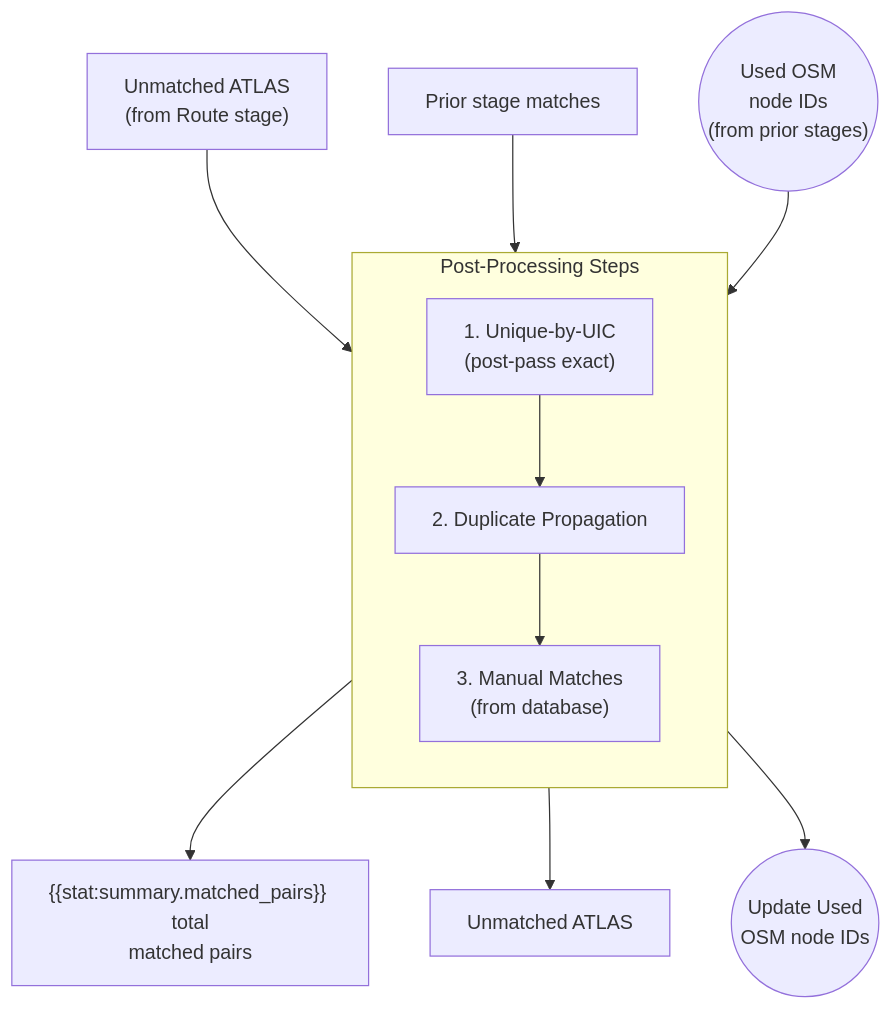
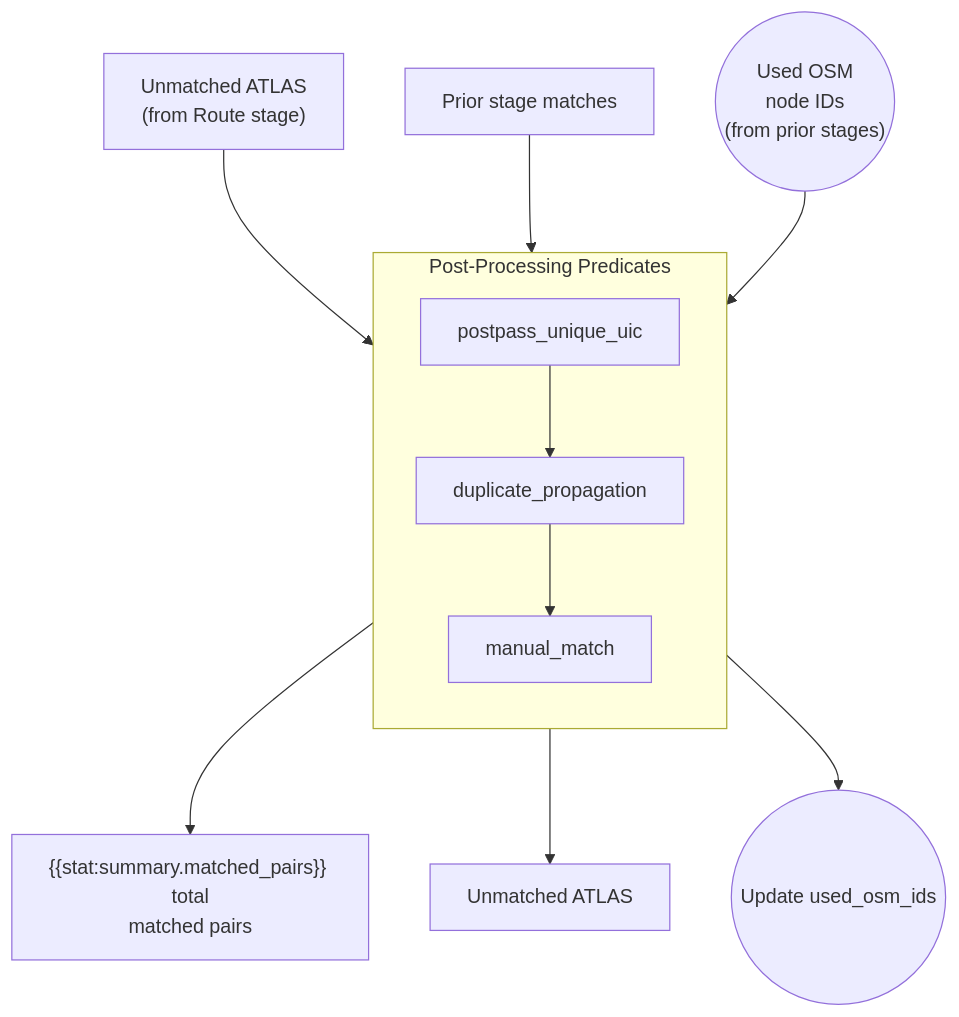
One commit to openTdataCH/stop_sync_osm_atlas changed the diagram in documentation/2.5 Post-processing.md. Above: the diagram before and after it, drawn with Mermaid. The commit also changed other lines of this file and 75 other files, not shown here.

````diff
--- a/documentation/2.5 Post-processing.md
+++ b/documentation/2.5 Post-processing.md
@@ -5,23 +5,23 @@
 ```mermaid
 flowchart TB
     %% ===== INPUTS =====
     IN["Unmatched ATLAS<br/>(from Route stage)"]
     PRIOR["Prior stage matches"]
     U(("Used OSM<br/>node IDs<br/>(from prior stages)"))
 
     IN --> P1
     PRIOR --> P1
     U --> P1
 
-    subgraph Post["Post-Processing Steps"]
+    subgraph Post["Post-Processing Predicates"]
         direction TB
-        P1["1. Unique-by-UIC<br/>(post-pass exact)"]
-        P2["2. Duplicate Propagation"]
-        P3["3. Manual Matches<br/>(from database)"]
+        P1["postpass_unique_uic"]
+        P2["duplicate_propagation"]
+        P3["manual_match"]
         P1 --> P2 --> P3
     end
 
     P3 --> OUT["{{stat:summary.matched_pairs}} total<br/>matched pairs"]
     P3 --> UA["Unmatched ATLAS"]
-    P3 --> U2(("Update Used<br/>OSM node IDs"))
+    P3 --> U2(("Update used_osm_ids"))
 ```
````
